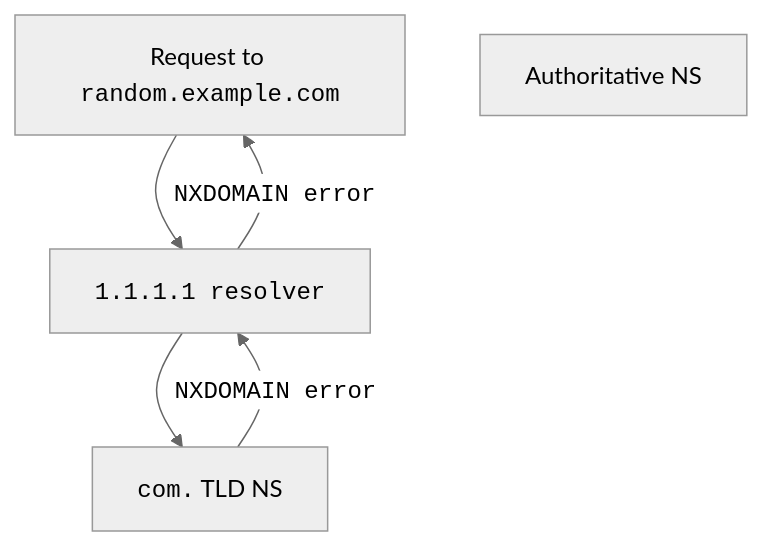
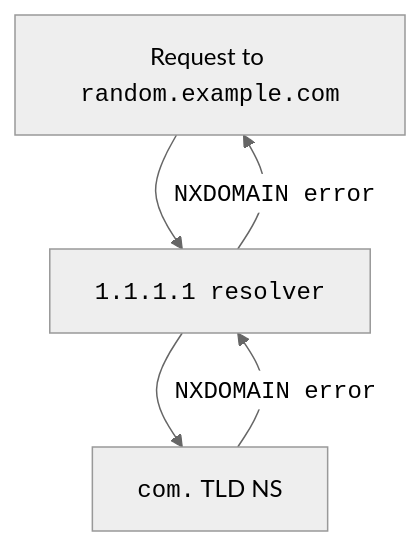
The first of 2 diagrams in content/dns/dns-firewall/random-prefix-attacks/about.md (cloudflare/cloudflare-docs), drawn with Mermaid (neutral theme) before and after one commit.

Commit message:
small tweak

```diff
--- a/content/dns/dns-firewall/random-prefix-attacks/about.md
+++ b/content/dns/dns-firewall/random-prefix-attacks/about.md
@@ -20,9 +20,8 @@
 <div class="mermaid">
     flowchart TD
       accTitle: Random prefix attacks diagram
       A[Request to <code>random.example.com</code>] --> B[<code>1.1.1.1 resolver</code>]
       B --> C[<code>com.</code> TLD NS]
       C --<code>NXDOMAIN error</code>--> B
       B --<code>NXDOMAIN error</code>--> A
-      D[Authoritative NS]
 </div>
```
